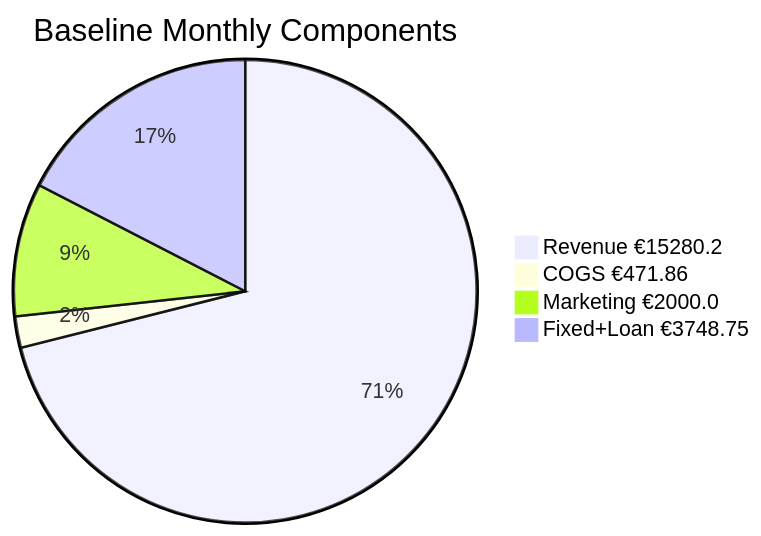
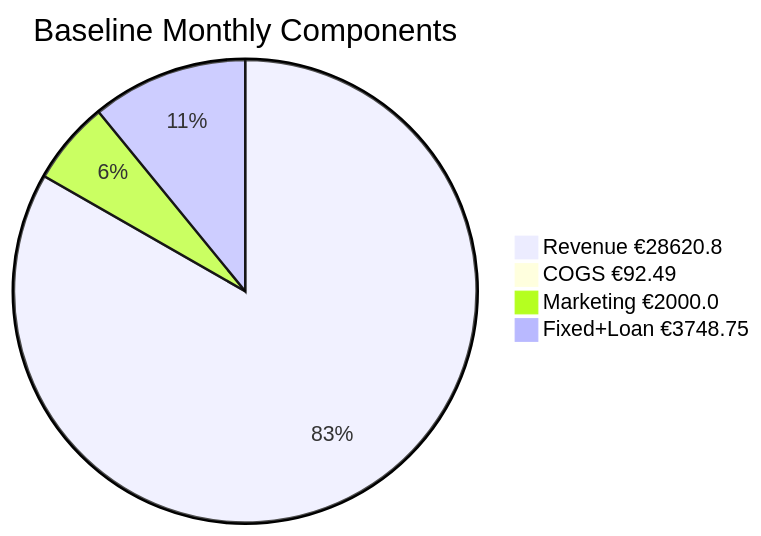
One commit to veighnsche/llama-orch changed the second of 2 diagrams in .business/financieelplan_NL_nl/.002-draft/outputs/financial_plan.md. Above: the diagram before and after it, drawn with Mermaid. The commit also changed other lines of this file and 22 other files, not shown here.

````diff
--- a/.business/financieelplan_NL_nl/.002-draft/outputs/financial_plan.md
+++ b/.business/financieelplan_NL_nl/.002-draft/outputs/financial_plan.md
@@ -192,7 +192,7 @@
 ```mermaid
 pie title Baseline Monthly Components
-  "Revenue €15280.2" : 15280.2
-  "COGS €471.86" : 471.86
+  "Revenue €28620.8" : 28620.8
+  "COGS €92.49" : 92.49
   "Marketing €2000.0" : 2000.0
   "Fixed+Loan €3748.75" : 3748.75
 ```
````
